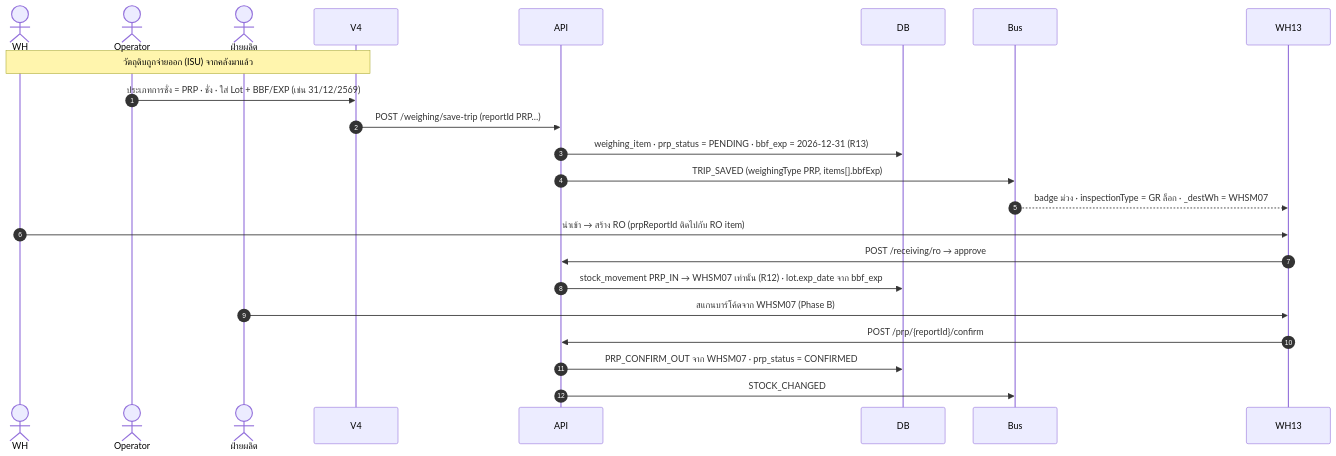
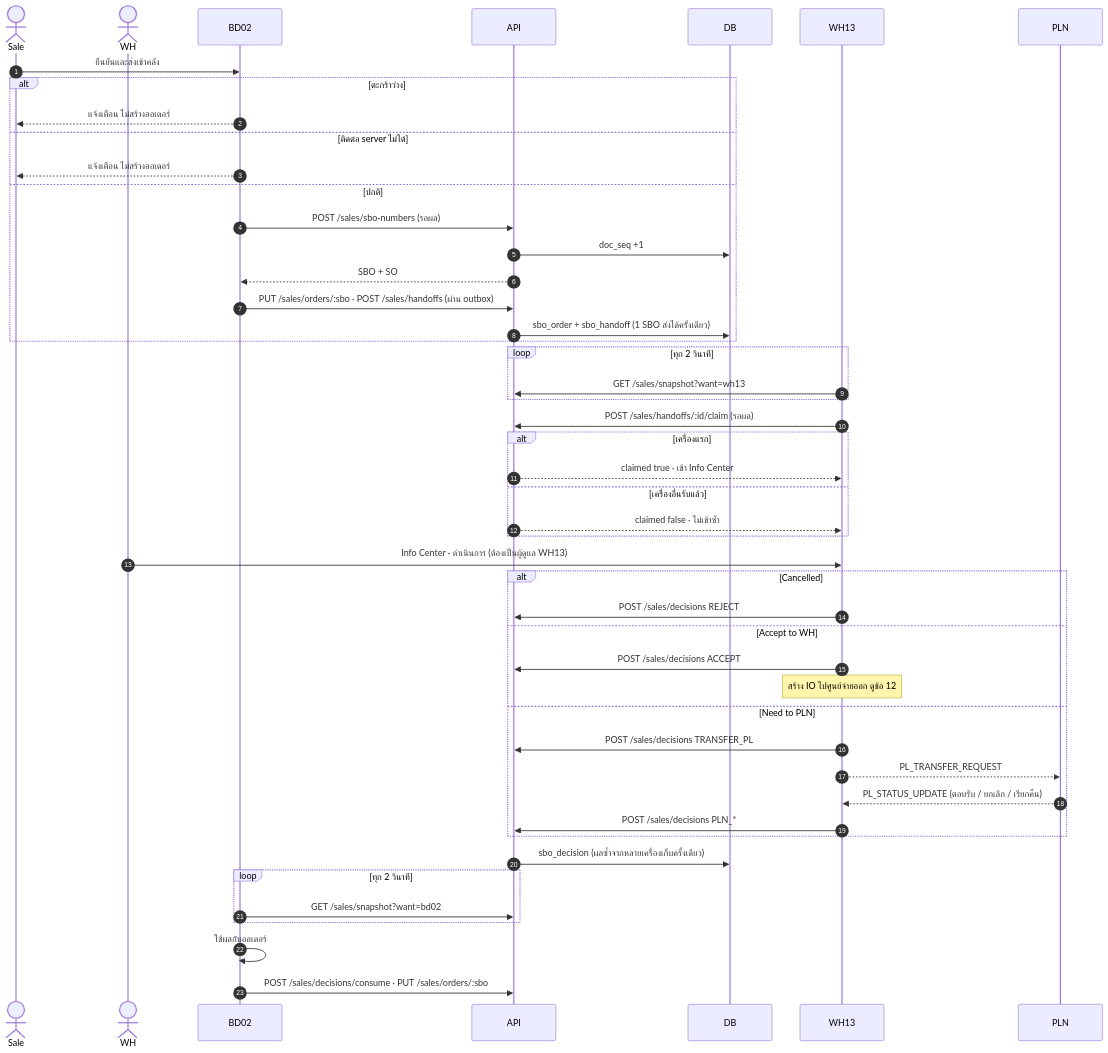
The tenth of 14 diagrams in docs/01-sequence-diagrams.md (Aum2010/WHSM-1791103979), drawn with Mermaid before and after one commit. The commit also changed other lines of this file and 3 other files, not shown here.

Commit message:
Docs: update sequence diagrams to current system; record customer decisions

````diff
--- a/docs/01-sequence-diagrams.md
+++ b/docs/01-sequence-diagrams.md
@@ -419,26 +323,51 @@
 ```mermaid
 sequenceDiagram
     autonumber
+    actor Sale
     actor WH
-    actor Operator
-    actor Prod as ฝ่ายผลิต
-    participant V4
+    participant BD02
     participant API
     participant DB
-    participant Bus
     participant WH13
+    participant PLN
 
-    Note over WH,V4: วัตถุดิบถูกจ่ายออก (ISU) จากคลังมาแล้ว
-    Operator->>V4: ประเภทการชั่ง = PRP · ชั่ง · ใส่ Lot + BBF/EXP (เช่น 31/12/2569)
-    V4->>API: POST /weighing/save-trip (reportId PRP…)
-    API->>DB: weighing_item · prp_status = PENDING · bbf_exp = 2026-12-31 (R13)
-    API->>Bus: TRIP_SAVED (weighingType PRP, items[].bbfExp)
-    Bus-->>WH13: badge ม่วง · inspectionType = GR ล็อก · _destWh = WHSM07
-    WH->>WH13: นำเข้า → สร้าง RO (prpReportId ติดไปกับ RO item)
-    WH13->>API: POST /receiving/ro → approve
-    API->>DB: stock_movement PRP_IN → WHSM07 เท่านั้น (R12) · lot.exp_date จาก bbf_exp
-    Prod->>WH13: สแกนบาร์โค้ดจาก WHSM07 (Phase B)
-    WH13->>API: POST /prp/{reportId}/confirm
-    API->>DB: PRP_CONFIRM_OUT จาก WHSM07 · prp_status = CONFIRMED
-    API->>Bus: STOCK_CHANGED
+    Sale->>BD02: ยืนยันและส่งเข้าคลัง
+    alt ตะกร้าว่าง
+        BD02-->>Sale: แจ้งเตือน ไม่สร้างออเดอร์
+    else ติดต่อ server ไม่ได้
+        BD02-->>Sale: แจ้งเตือน ไม่สร้างออเดอร์
+    else ปกติ
+        BD02->>API: POST /sales/sbo-numbers (รอผล)
+        API->>DB: doc_seq +1
+        API-->>BD02: SBO + SO
+        BD02->>API: PUT /sales/orders/:sbo · POST /sales/handoffs (ผ่าน outbox)
+        API->>DB: sbo_order + sbo_handoff (1 SBO ส่งได้ครั้งเดียว)
+    end
+    loop ทุก 2 วินาที
+        WH13->>API: GET /sales/snapshot?want=wh13
+    end
+    WH13->>API: POST /sales/handoffs/:id/claim (รอผล)
+    alt เครื่องแรก
+        API-->>WH13: claimed true · เข้า Info Center
+    else เครื่องอื่นรับแล้ว
+        API-->>WH13: claimed false · ไม่เข้าซ้ำ
+    end
+    WH->>WH13: Info Center · ดำเนินการ (ต้องเป็นผู้ดูแล WH13)
+    alt Cancelled
+        WH13->>API: POST /sales/decisions REJECT
+    else Accept to WH
+        WH13->>API: POST /sales/decisions ACCEPT
+        Note over WH13: สร้าง IO ไปศูนย์จ่ายออก ดูข้อ 12
+    else Need to PLN
+        WH13->>API: POST /sales/decisions TRANSFER_PL
+        WH13-->>PLN: PL_TRANSFER_REQUEST
+        PLN-->>WH13: PL_STATUS_UPDATE (ตอบรับ / ยกเลิก / เรียกคืน)
+        WH13->>API: POST /sales/decisions PLN_*
+    end
+    API->>DB: sbo_decision (ผลซ้ำจากหลายเครื่องเก็บครั้งเดียว)
+    loop ทุก 2 วินาที
+        BD02->>API: GET /sales/snapshot?want=bd02
+    end
+    BD02->>BD02: ใช้ผลกับออเดอร์
+    BD02->>API: POST /sales/decisions/consume · PUT /sales/orders/:sbo
 ```
````
